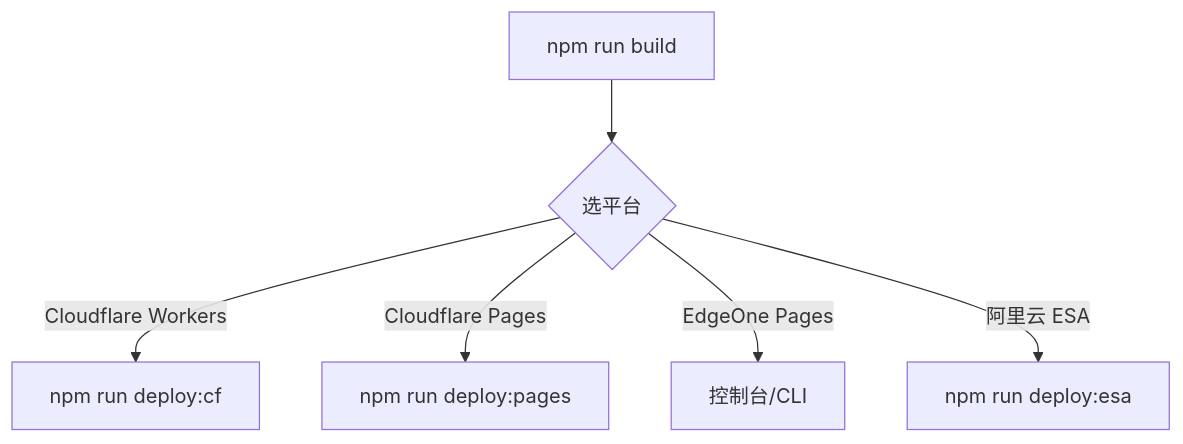
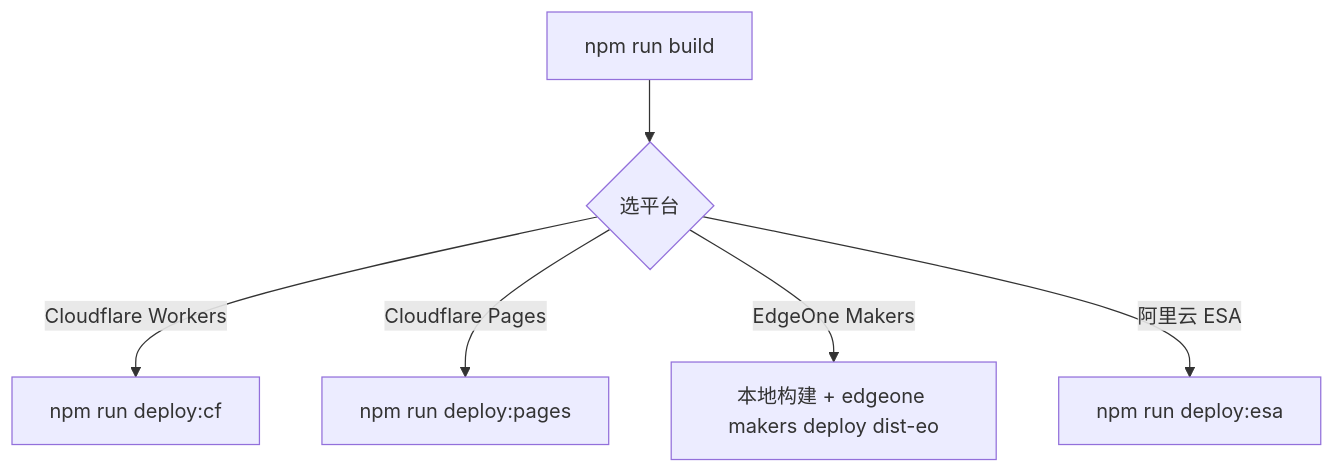
One commit to JacksonJiangxh/cdn-edge-gateway changed the first of 2 diagrams in docs-site/docs/user/03-deploy.md. Above: the diagram before and after it, drawn with Mermaid. The commit also changed other lines of this file and 17 other files, not shown here.

Commit message:
docs: 更新 EdgeOne Makers 部署文档与 V8 兼容说明

````diff
--- a/docs-site/docs/user/03-deploy.md
+++ b/docs-site/docs/user/03-deploy.md
@@ -18,8 +18,8 @@
 ```mermaid
 flowchart TD
     A[npm run build] --> B{选平台}
     B -->|Cloudflare Workers| C1[npm run deploy:cf]
     B -->|Cloudflare Pages| C2[npm run deploy:pages]
-    B -->|EdgeOne Pages| C3[控制台/CLI]
+    B -->|EdgeOne Makers| C3[本地构建 + edgeone makers deploy dist-eo]
     B -->|阿里云 ESA| C4[npm run deploy:esa]
 ```
````
